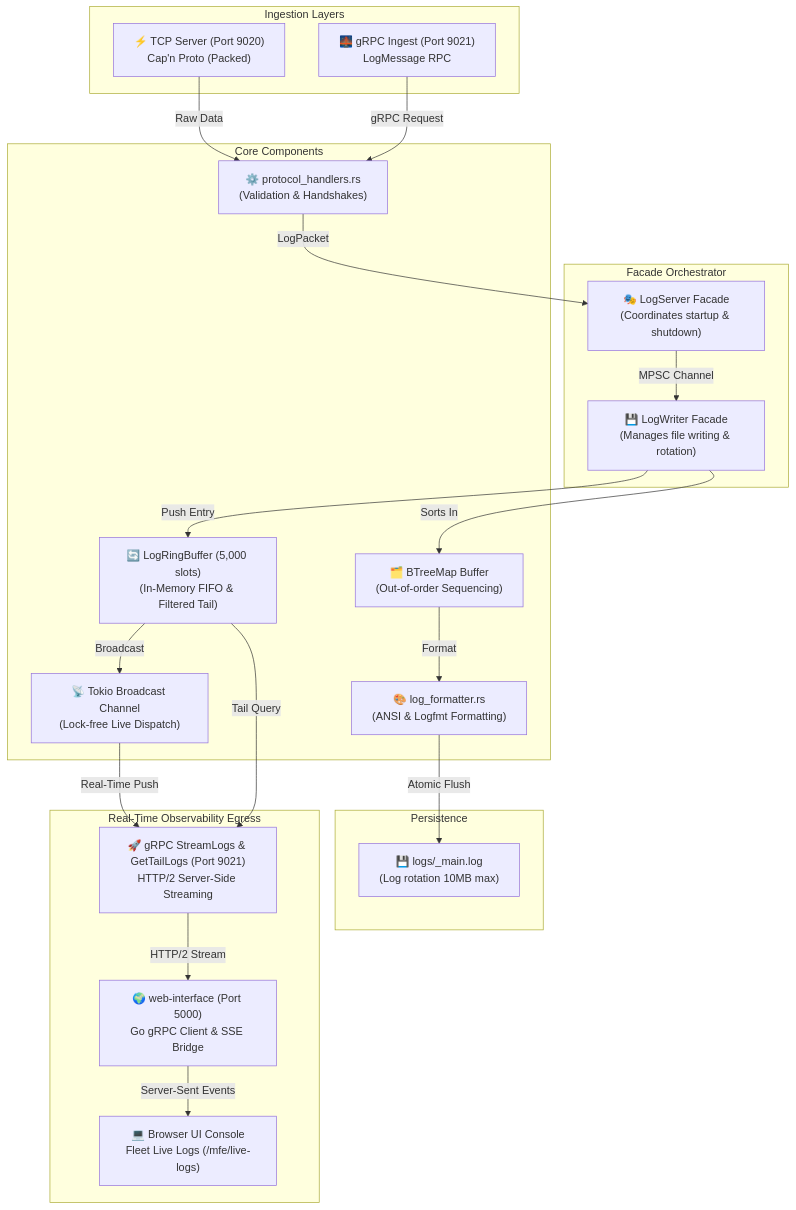
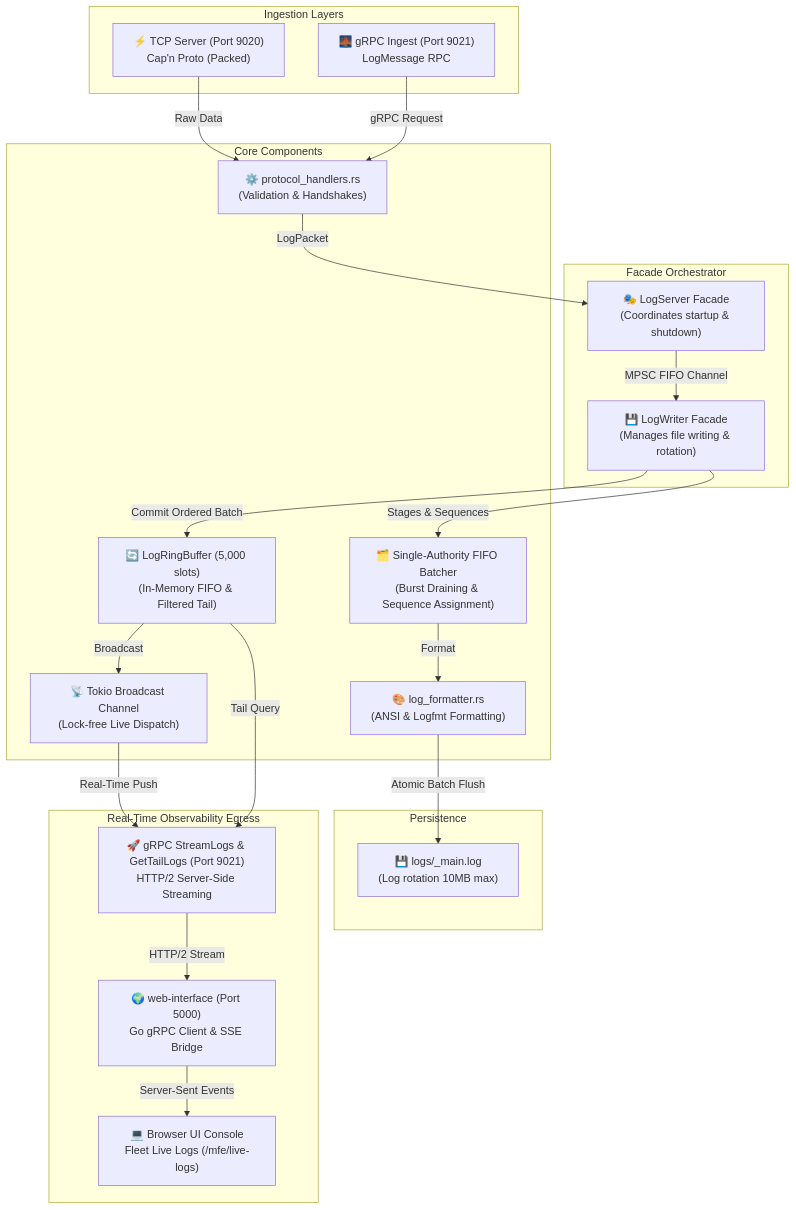
Before and after one commit to Bastien-Antigravity/log-server: the diagram in quick-overview/Architecture-Overview.md, drawn with Mermaid. The commit also changed other lines of this file and 16 other files, not shown here.

````diff
--- a/quick-overview/Architecture-Overview.md
+++ b/quick-overview/Architecture-Overview.md
@@ -22,45 +22,45 @@
 ```mermaid
 graph TD
     subgraph "Ingestion Layers"
         TCP["⚡ TCP Server (Port 9020)<br/>Cap'n Proto (Packed)"]
         GRPC_IN["🌉 gRPC Ingest (Port 9021)<br/>LogMessage RPC"]
     end
 
     subgraph "Facade Orchestrator"
         LS["🎭 LogServer Facade<br/>(Coordinates startup & shutdown)"]
         LW["💾 LogWriter Facade<br/>(Manages file writing & rotation)"]
     end
 
     subgraph "Core Components"
         PH["⚙️ protocol_handlers.rs<br/>(Validation & Handshakes)"]
         LF["🎨 log_formatter.rs<br/>(ANSI & Logfmt Formatting)"]
-        BT["🗂️ BTreeMap Buffer<br/>(Out-of-order Sequencing)"]
+        BT["🗂️ Single-Authority FIFO Batcher<br/>(Burst Draining & Sequence Assignment)"]
         RB["🔄 LogRingBuffer (5,000 slots)<br/>(In-Memory FIFO & Filtered Tail)"]
         BC["📡 Tokio Broadcast Channel<br/>(Lock-free Live Dispatch)"]
     end
 
     subgraph "Persistence"
         FS["💾 logs/_main.log<br/>(Log rotation 10MB max)"]
     end
 
     subgraph "Real-Time Observability Egress"
         GRPC_OUT["🚀 gRPC StreamLogs & GetTailLogs (Port 9021)<br/>HTTP/2 Server-Side Streaming"]
         WI["🌍 web-interface (Port 5000)<br/>Go gRPC Client & SSE Bridge"]
         UI["💻 Browser UI Console<br/>Fleet Live Logs (/mfe/live-logs)"]
     end
 
     TCP -->|Raw Data| PH
     GRPC_IN -->|gRPC Request| PH
     PH -->|LogPacket| LS
-    LS -->|MPSC Channel| LW
-    LW -->|Sorts In| BT
-    LW -->|Push Entry| RB
+    LS -->|MPSC FIFO Channel| LW
+    LW -->|Stages & Sequences| BT
+    BT -->|Format| LF
+    LF -->|Atomic Batch Flush| FS
+    LW -->|Commit Ordered Batch| RB
     RB -->|Broadcast| BC
-    BT -->|Format| LF
-    LF -->|Atomic Flush| FS
 
     BC -->|Real-Time Push| GRPC_OUT
     RB -->|Tail Query| GRPC_OUT
     GRPC_OUT -->|HTTP/2 Stream| WI
     WI -->|Server-Sent Events| UI
 ```
````
